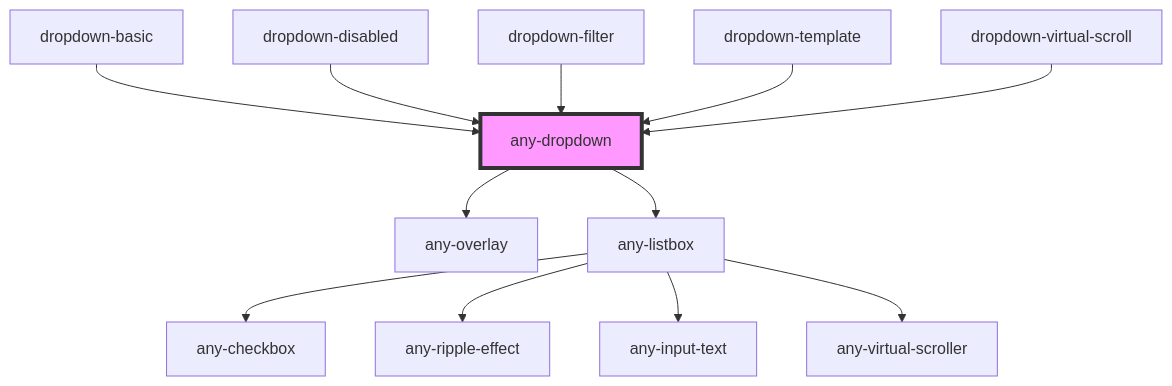
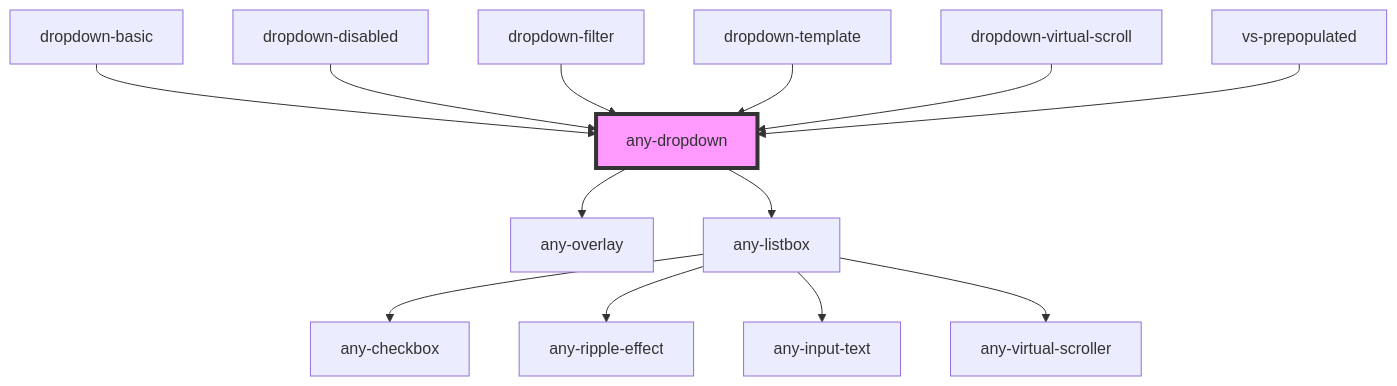
One commit to adaleks/anywhere-ui changed the diagram in packages/core/src/components/dropdown/readme.md. Above: the diagram before and after it, drawn with Mermaid. The commit also changed other lines of this file and 145 other files, not shown here.

````diff
--- a/packages/core/src/components/dropdown/readme.md
+++ b/packages/core/src/components/dropdown/readme.md
@@ -105,15 +106,16 @@
 ```mermaid
 graph TD;
   any-dropdown --> any-overlay
   any-dropdown --> any-listbox
   any-listbox --> any-checkbox
   any-listbox --> any-ripple-effect
   any-listbox --> any-input-text
   any-listbox --> any-virtual-scroller
   dropdown-basic --> any-dropdown
   dropdown-disabled --> any-dropdown
   dropdown-filter --> any-dropdown
   dropdown-template --> any-dropdown
   dropdown-virtual-scroll --> any-dropdown
+  vs-prepopulated --> any-dropdown
   style any-dropdown fill:#f9f,stroke:#333,stroke-width:4px
 ```
````
